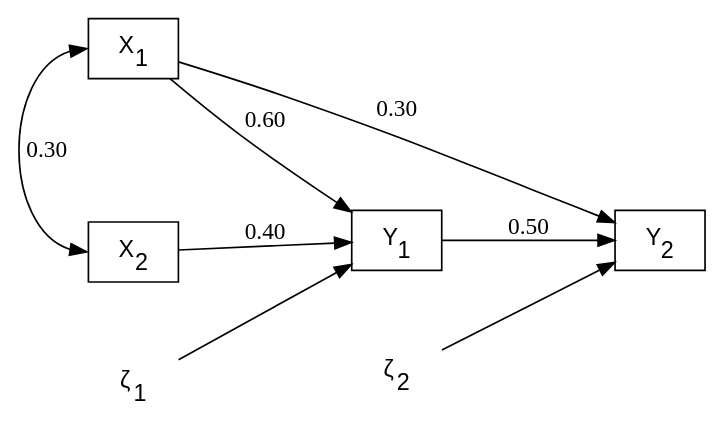
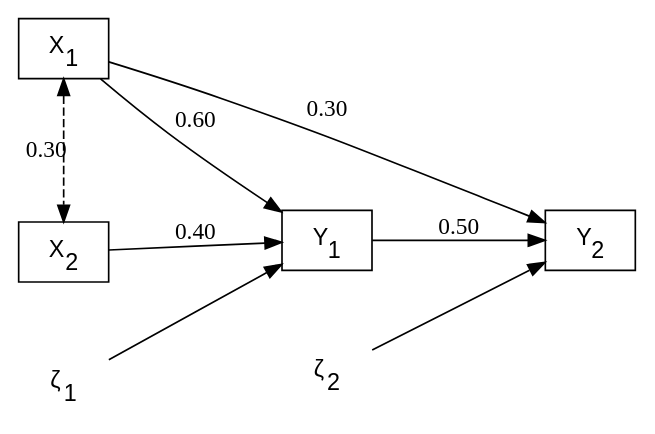
Before and after one commit to pennekampster/Swiss_SEM: diagram 20 of 34 in 5_Slides/Intro_to_SEM_part1.qmd, drawn with Graphviz. The commit also changed other lines of this file and 3 other files, not shown here.

````diff
--- a/5_Slides/Intro_to_SEM_part1.qmd
+++ b/5_Slides/Intro_to_SEM_part1.qmd
@@ -1107,20 +1114,20 @@
 ```{dot}
 //| fig-width: 4.8
 //| fig-height: 3.6
 digraph {
   graph [rankdir = LR, fontsize = 14, ranksep = 1.0, nodesep = 0.6]
   node [shape = box, fontname = Helvetica]
   X1 [label = <X<SUB>1</SUB>>]; X2 [label = <X<SUB>2</SUB>>]
   Y1 [label = <Y<SUB>1</SUB>>]; Y2 [label = <Y<SUB>2</SUB>>]
   node [shape = plaintext, fontname = Helvetica]
   z1 [label = <&zeta;<SUB>1</SUB>>]; z2 [label = <&zeta;<SUB>2</SUB>>]
   X1 -> Y1 [label = "0.60"]
   X2 -> Y1 [label = "0.40"]
   Y1 -> Y2 [label = "0.50"]
   X1 -> Y2 [label = "0.30"]
-  X1:w -> X2:w [dir = both, constraint = false, label = "0.30"]
+  X1 -> X2 [dir = both, constraint = false, label = "0.30", style = dashed]
   z1 -> Y1; z2 -> Y2
   {rank = min; X1; X2}
   {rank = max; Y2}
 }
 ```
````
